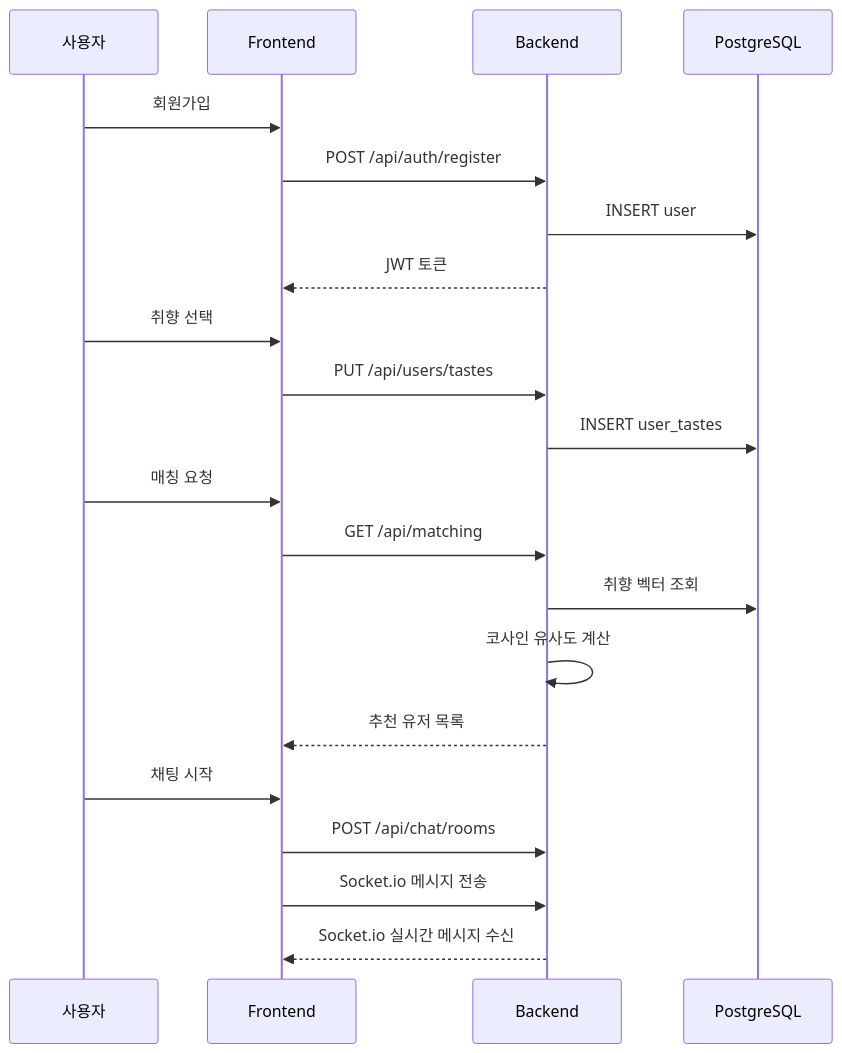
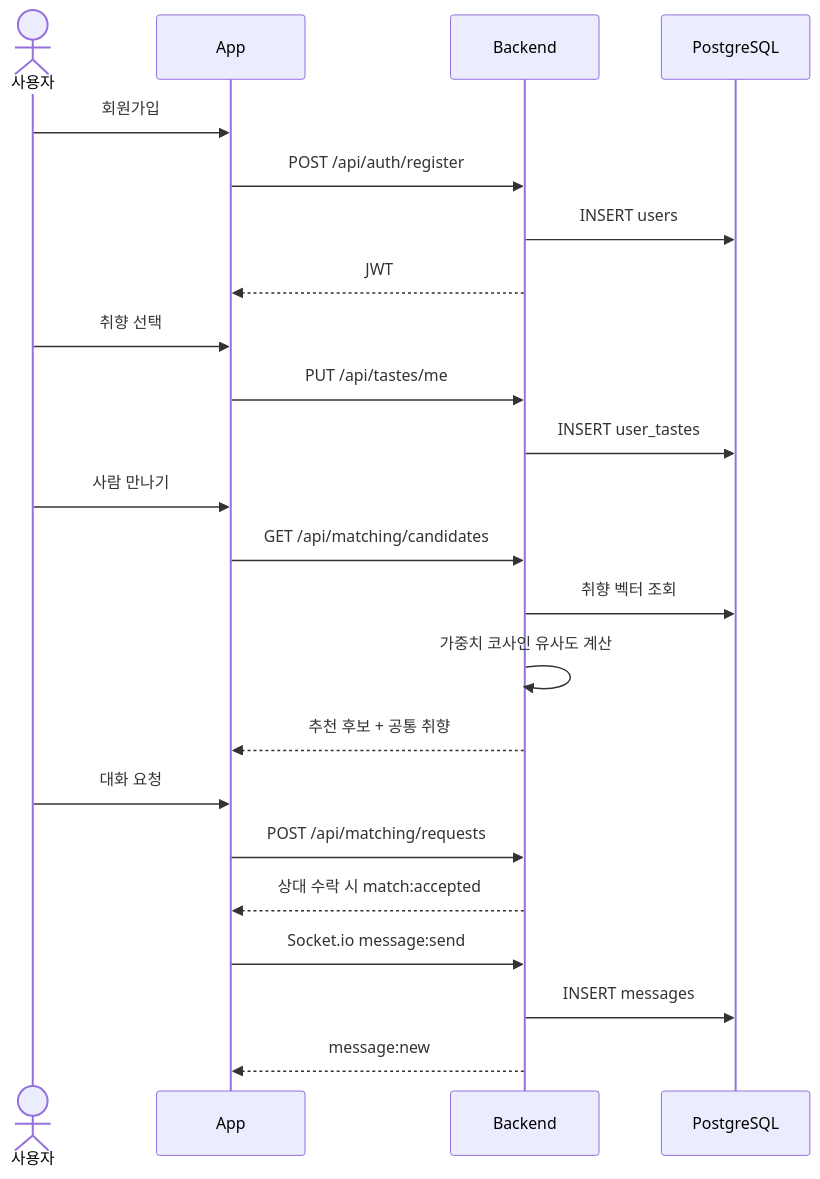
One commit to heejung72/Orbit changed the third of 3 diagrams in README.md. Above: the diagram before and after it, drawn with Mermaid. The commit also changed other lines of this file and 15 other files, not shown here.

````diff
--- a/README.md
+++ b/README.md
@@ -95,27 +120,29 @@
 ```mermaid
 sequenceDiagram
-    participant U as 사용자
-    participant F as Frontend
+    actor U as 사용자
+    participant F as App
     participant B as Backend
     participant D as PostgreSQL
 
     U->>F: 회원가입
     F->>B: POST /api/auth/register
-    B->>D: INSERT user
-    B-->>F: JWT 토큰
+    B->>D: INSERT users
+    B-->>F: JWT
 
     U->>F: 취향 선택
-    F->>B: PUT /api/users/tastes
+    F->>B: PUT /api/tastes/me
     B->>D: INSERT user_tastes
 
-    U->>F: 매칭 요청
-    F->>B: GET /api/matching
+    U->>F: 사람 만나기
+    F->>B: GET /api/matching/candidates
     B->>D: 취향 벡터 조회
-    B->>B: 코사인 유사도 계산
-    B-->>F: 추천 유저 목록
+    B->>B: 가중치 코사인 유사도 계산
+    B-->>F: 추천 후보 + 공통 취향
 
-    U->>F: 채팅 시작
-    F->>B: POST /api/chat/rooms
-    F->>B: Socket.io 메시지 전송
-    B-->>F: Socket.io 실시간 메시지 수신
+    U->>F: 대화 요청
+    F->>B: POST /api/matching/requests
+    B-->>F: 상대 수락 시 match:accepted
+    F->>B: Socket.io message:send
+    B->>D: INSERT messages
+    B-->>F: message:new
 ```
````
